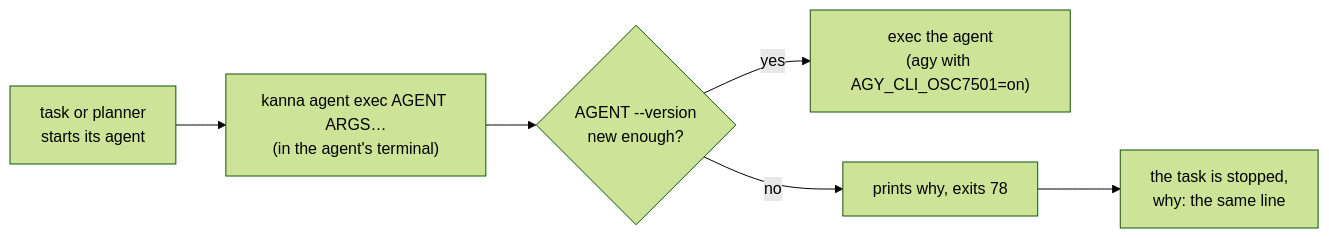
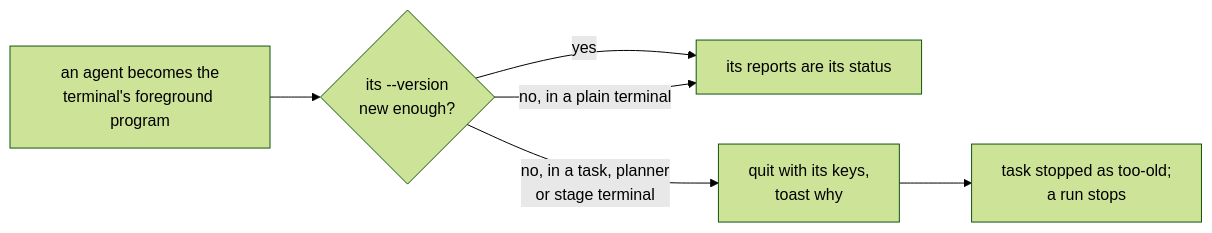
One commit to tampopogk/kanna changed the second of 3 diagrams in docs/specs/agent-status.md. Above: the diagram before and after it, drawn with Mermaid (forest theme). The commit also changed other lines of this file and 13 other files, not shown here.

Commit message:
e2e agent_too_old; agent_messaging warns for an agy task; the mock agent reports by default; skills and mockups list claude, codex, opencode and agy; specs describe the refusal as built and the unreported trust prompt

````diff
--- a/docs/specs/agent-status.md
+++ b/docs/specs/agent-status.md
@@ -68,8 +66,8 @@
 ```mermaid
 flowchart LR
-    T["task or planner<br/>starts its agent"] --> G["kanna agent exec AGENT ARGS…<br/>(in the agent's terminal)"]
-    G --> V{"AGENT --version<br/>new enough?"}
-    V -->|yes| X["exec the agent<br/>(agy with AGY_CLI_OSC7501=on)"]
-    V -->|no| R["prints why, exits 78"]
-    R --> S["the task is stopped,<br/>why: the same line"]
+    F["an agent becomes the<br/>terminal's foreground program"] --> V{"its --version<br/>new enough?"}
+    V -->|yes| R["its reports are its status"]
+    V -->|"no, in a task, planner<br/>or stage terminal"| Q["quit with its keys,<br/>toast why"]
+    Q --> S["task stopped as too-old;<br/>a run stops"]
+    V -->|"no, in a plain terminal"| R
 ```
````
